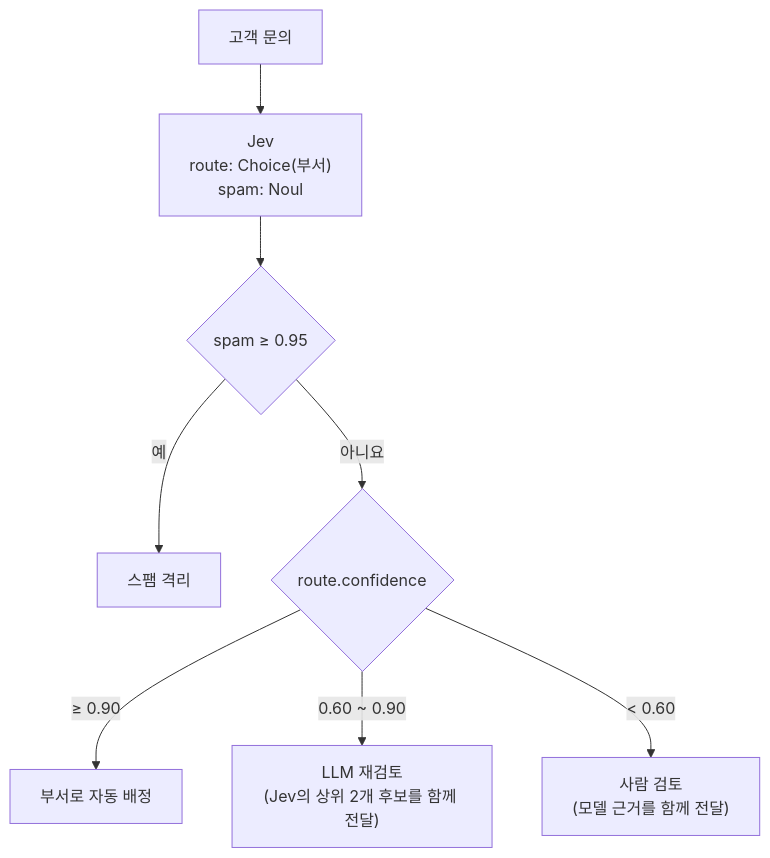
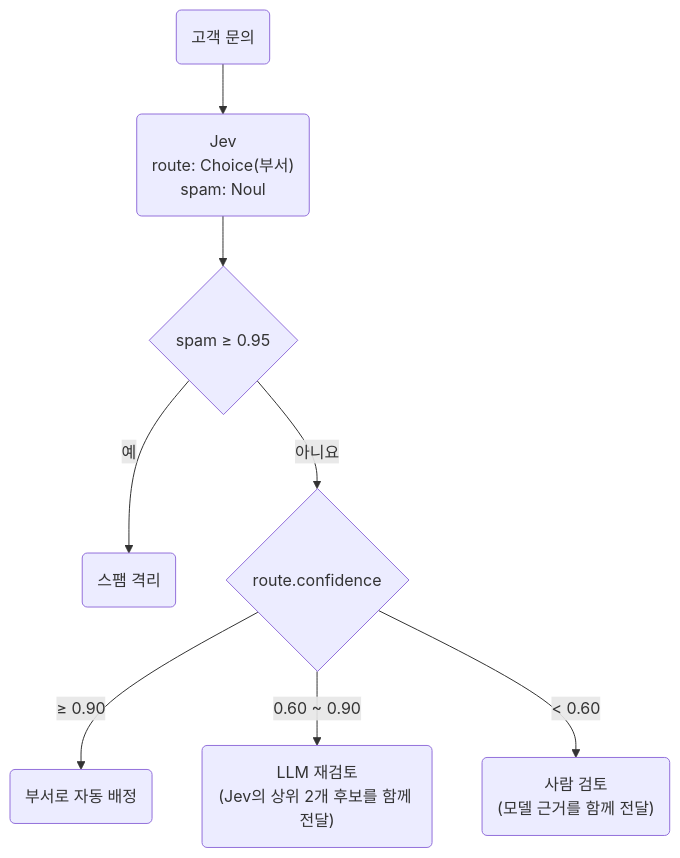
Before and after one commit to seujung/ai-research: the second of 5 diagrams in docs/trends/posts/2026-10-18-jev-patterns.md, drawn with Mermaid. The commit also changed other lines of this file and 176 other files, not shown here.

````diff
--- a/docs/trends/posts/2026-10-18-jev-patterns.md
+++ b/docs/trends/posts/2026-10-18-jev-patterns.md
@@ -84,10 +84,10 @@
 ```mermaid
 flowchart TD
-    Q["고객 문의"] --> J["Jev<br/>route: Choice(부서)<br/>spam: Noul"]
+    Q("고객 문의") --> J("Jev<br/>route: Choice(부서)<br/>spam: Noul")
     J --> S{"spam ≥ 0.95"}
-    S -- 예 --> SPAM["스팸 격리"]
+    S -- 예 --> SPAM("스팸 격리")
     S -- 아니요 --> C{"route.confidence"}
-    C -- "≥ 0.90" --> AUTO["부서로 자동 배정"]
-    C -- "0.60 ~ 0.90" --> LLM["LLM 재검토<br/>(Jev의 상위 2개 후보를 함께 전달)"]
-    C -- "< 0.60" --> HUMAN["사람 검토<br/>(모델 근거를 함께 전달)"]
+    C -- "≥ 0.90" --> AUTO("부서로 자동 배정")
+    C -- "0.60 ~ 0.90" --> LLM("LLM 재검토<br/>(Jev의 상위 2개 후보를 함께 전달)")
+    C -- "< 0.60" --> HUMAN("사람 검토<br/>(모델 근거를 함께 전달)")
 ```
````
